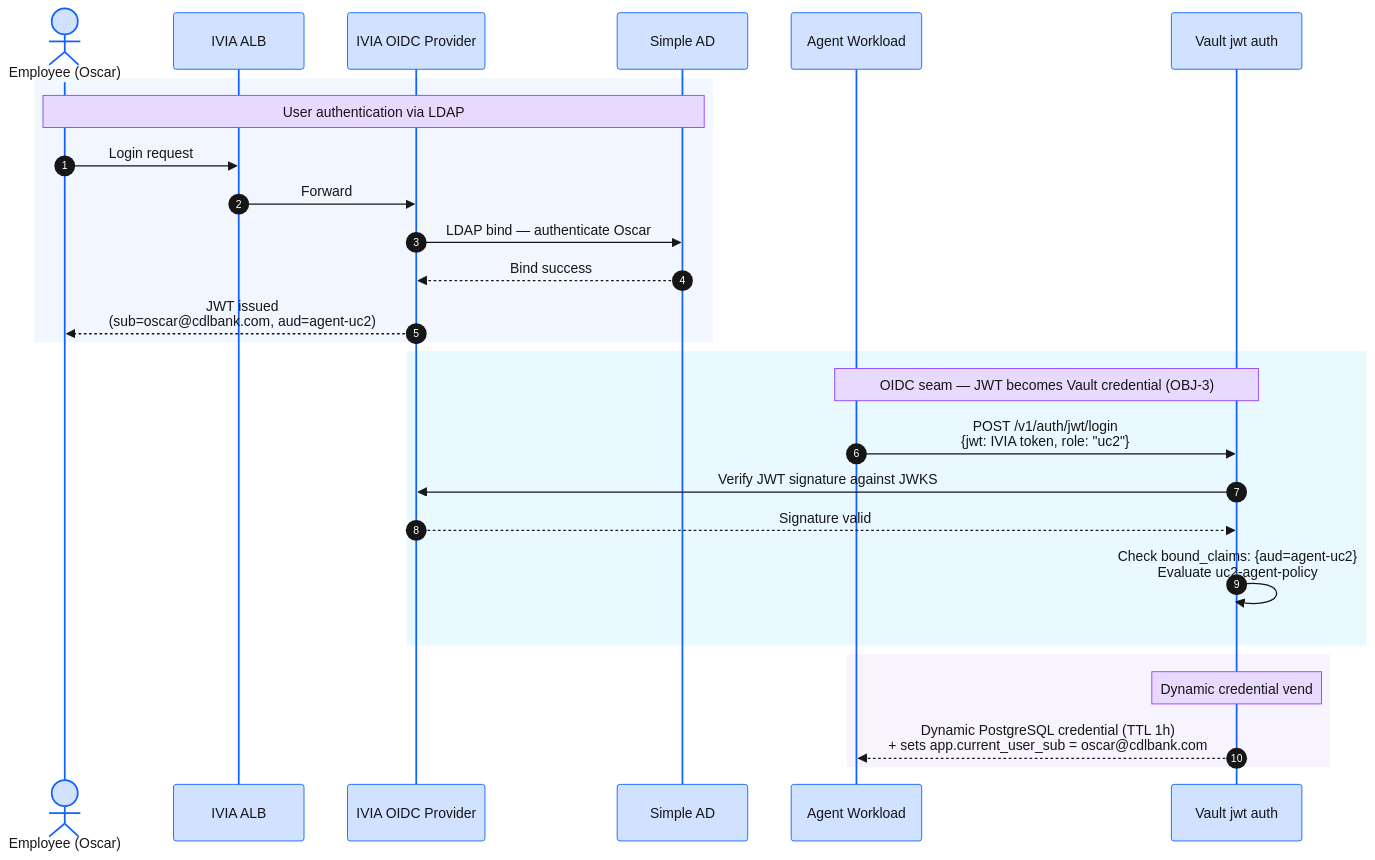
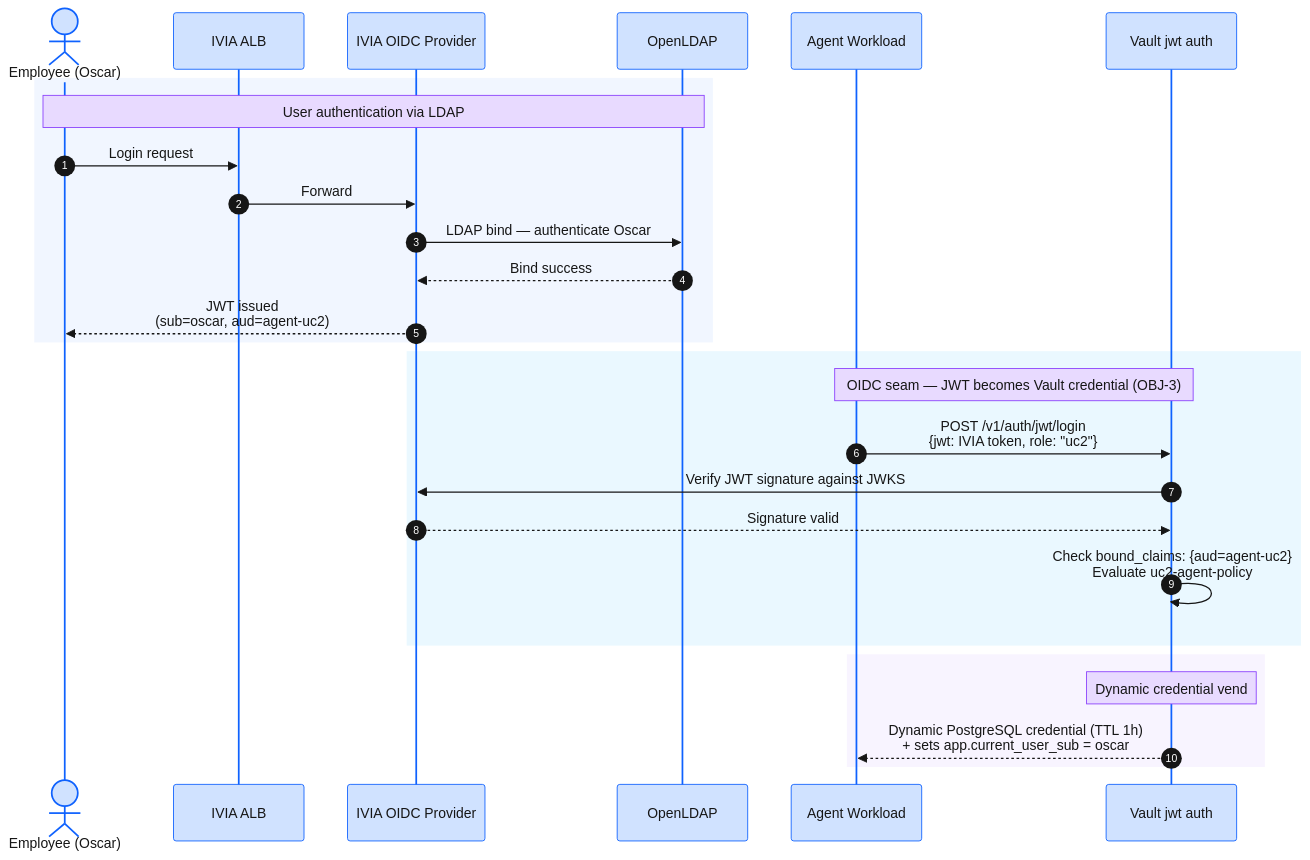
The diagram in workshop/content/40-platform/43-configure-oidc-seam/index.en.md (aws-samples/sample-agentic-runtime-security-on-aws-with-vault), drawn with Mermaid before and after one commit. The commit also changed other lines of this file and 14 other files, not shown here.

First line of the commit message:
docs(07.2-03): workshop content sweep (group 1) — OpenLDAP/OVI/Jaime + R7 page-structure + accuracy audit; folds in dangling Simple AD doc edits

````diff
--- a/workshop/content/40-platform/43-configure-oidc-seam/index.en.md
+++ b/workshop/content/40-platform/43-configure-oidc-seam/index.en.md
@@ -156,55 +17,55 @@
 ```mermaid
 %%{init: {'theme': 'base', 'themeVariables': {
   'primaryColor': '#d0e2ff',
   'primaryTextColor': '#161616',
   'primaryBorderColor': '#0f62fe',
   'lineColor': '#0f62fe',
   'secondaryColor': '#bae6ff',
   'tertiaryColor': '#f4f4f4',
   'noteBkgColor': '#e8daff',
   'noteTextColor': '#161616',
   'noteBorderColor': '#8a3ffc',
   'actorBkg': '#d0e2ff',
   'actorBorder': '#0f62fe',
   'actorTextColor': '#161616',
   'signalColor': '#161616',
   'signalTextColor': '#161616',
   'labelBoxBkgColor': '#d0e2ff',
   'labelBoxBorderColor': '#0f62fe',
   'labelTextColor': '#161616',
   'loopTextColor': '#161616',
   'activationBorderColor': '#0f62fe',
   'activationBkgColor': '#edf5ff',
   'sequenceNumberColor': '#ffffff'
 }}}%%
 sequenceDiagram
     autonumber
     actor Oscar as Employee (Oscar)
     participant ALB as IVIA ALB
     participant IVIA as IVIA OIDC Provider
-    participant AD as Simple AD
+    participant LDAP as OpenLDAP
     participant Agent as Agent Workload
     participant Vault as Vault jwt auth
 
     rect rgba(208, 226, 255, 0.3)
-    Note over Oscar,AD: User authentication via LDAP
+    Note over Oscar,LDAP: User authentication via LDAP
     Oscar->>ALB: Login request
     ALB->>IVIA: Forward
-    IVIA->>AD: LDAP bind — authenticate Oscar
-    AD-->>IVIA: Bind success
-    IVIA-->>Oscar: JWT issued<br/>(sub=oscar@cdlbank.com, aud=agent-uc2)
+    IVIA->>LDAP: LDAP bind — authenticate Oscar
+    LDAP-->>IVIA: Bind success
+    IVIA-->>Oscar: JWT issued<br/>(sub=oscar, aud=agent-uc2)
     end
 
     rect rgba(186, 230, 255, 0.3)
     Note over Agent,Vault: OIDC seam — JWT becomes Vault credential (OBJ-3)
     Agent->>Vault: POST /v1/auth/jwt/login<br/>{jwt: IVIA token, role: "uc2"}
     Vault->>IVIA: Verify JWT signature against JWKS
     IVIA-->>Vault: Signature valid
     Vault->>Vault: Check bound_claims: {aud=agent-uc2}<br/>Evaluate uc2-agent-policy
     end
 
     rect rgba(232, 218, 255, 0.3)
     Note over Vault,Vault: Dynamic credential vend
-    Vault-->>Agent: Dynamic PostgreSQL credential (TTL 1h)<br/>+ sets app.current_user_sub = oscar@cdlbank.com
+    Vault-->>Agent: Dynamic PostgreSQL credential (TTL 1h)<br/>+ sets app.current_user_sub = oscar
     end
 ```
````
